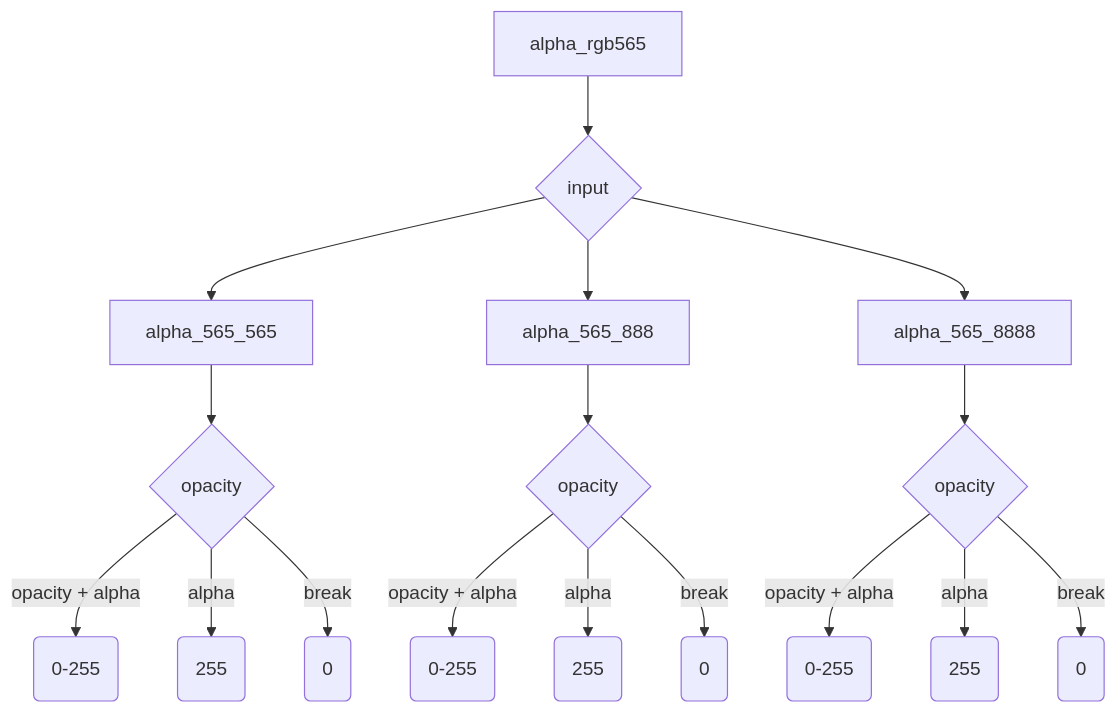
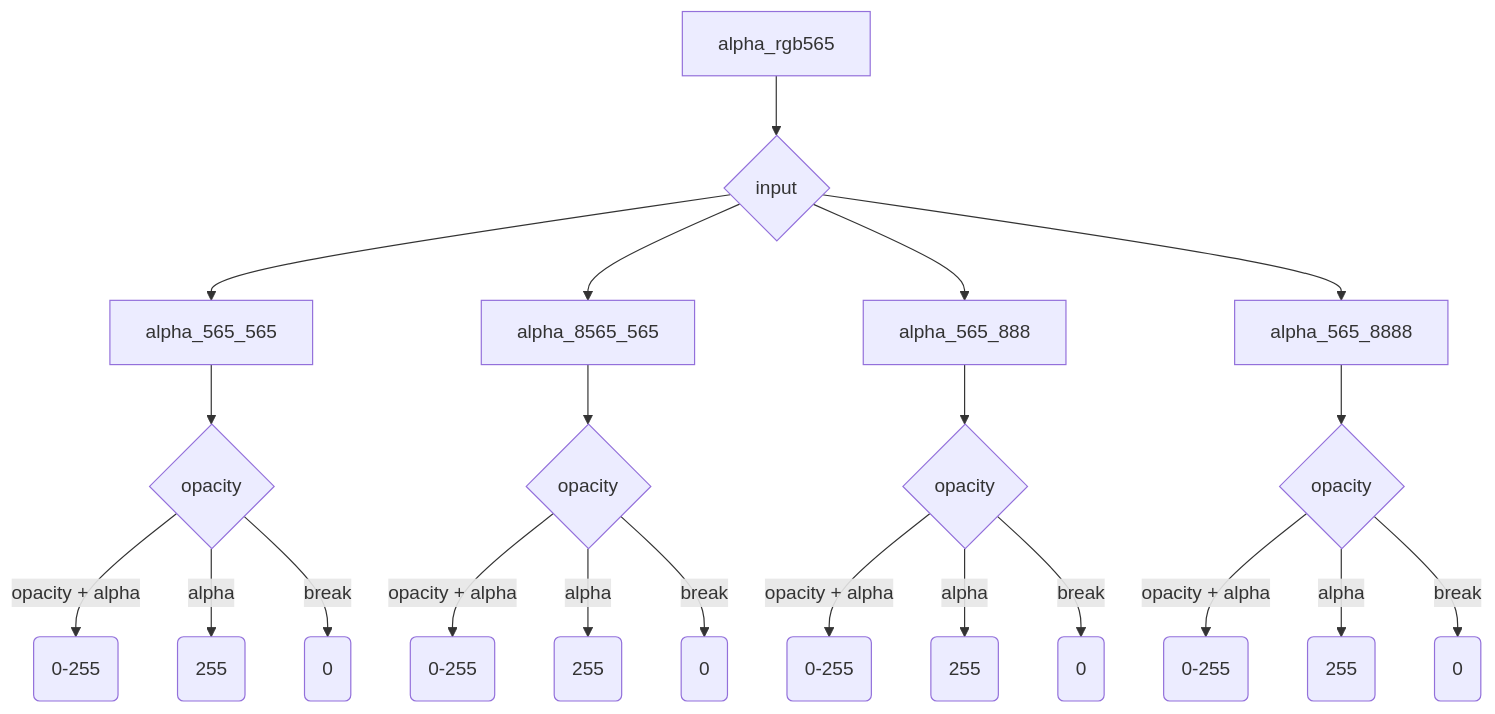
The ninth of 19 diagrams in doc/source/Design/index.md (realmcu/HoneyGUI), drawn with Mermaid before and after one commit. The commit also changed other lines of this file, not shown here.

Commit message:
GUI: sw doc add alpha blend argb8565 mode

````diff
--- a/doc/source/Design/index.md
+++ b/doc/source/Design/index.md
@@ -422,19 +422,24 @@
 ```{mermaid}
 graph TD
 alpha_rgb565 --> alpha_565{input}
 alpha_565 --> | |alpha_565_565
 alpha_565_565 --> alpha_opacity_case565{opacity}
 alpha_opacity_case565 --> |opacity + alpha| alpha_opacity_value0_255(0-255)
 alpha_opacity_case565 --> |alpha|alpha_opacity_value255(255)
 alpha_opacity_case565 --> |break|alpha_opacity_value0(0)
+alpha_565 --> | |alpha_8565_565
+alpha_8565_565 --> alpha_opacity_case8565{opacity}
+alpha_opacity_case8565 --> |opacity + alpha| alpha_opacity_argb8565value0_255(0-255)
+alpha_opacity_case8565 --> |alpha|alpha_opacity_argb8565value255(255)
+alpha_opacity_case8565 --> |break|alpha_opacity_argb8565value0(0)
 alpha_565 --> | |alpha_565_888
 alpha_565_888--> alpha_opacity_case888{opacity}
 alpha_opacity_case888 --> |opacity + alpha|alpha_opacity_value888_0_255(0-255)
 alpha_opacity_case888 --> |alpha|alpha_opacity_value888_255(255)
 alpha_opacity_case888 --> |break|alpha_opacity_value888_0(0)
 alpha_565 --> | |alpha_565_8888
 alpha_565_8888 --> alpha_opacity_case8888{opacity}
 alpha_opacity_case8888 --> |opacity + alpha|alpha_opacity_value8888_0_255(0-255)
 alpha_opacity_case8888 --> |alpha|alpha_opacity_value8888_255(255)
 alpha_opacity_case8888 --> |break|alpha_opacity_value8888_0(0)
 ```
````
